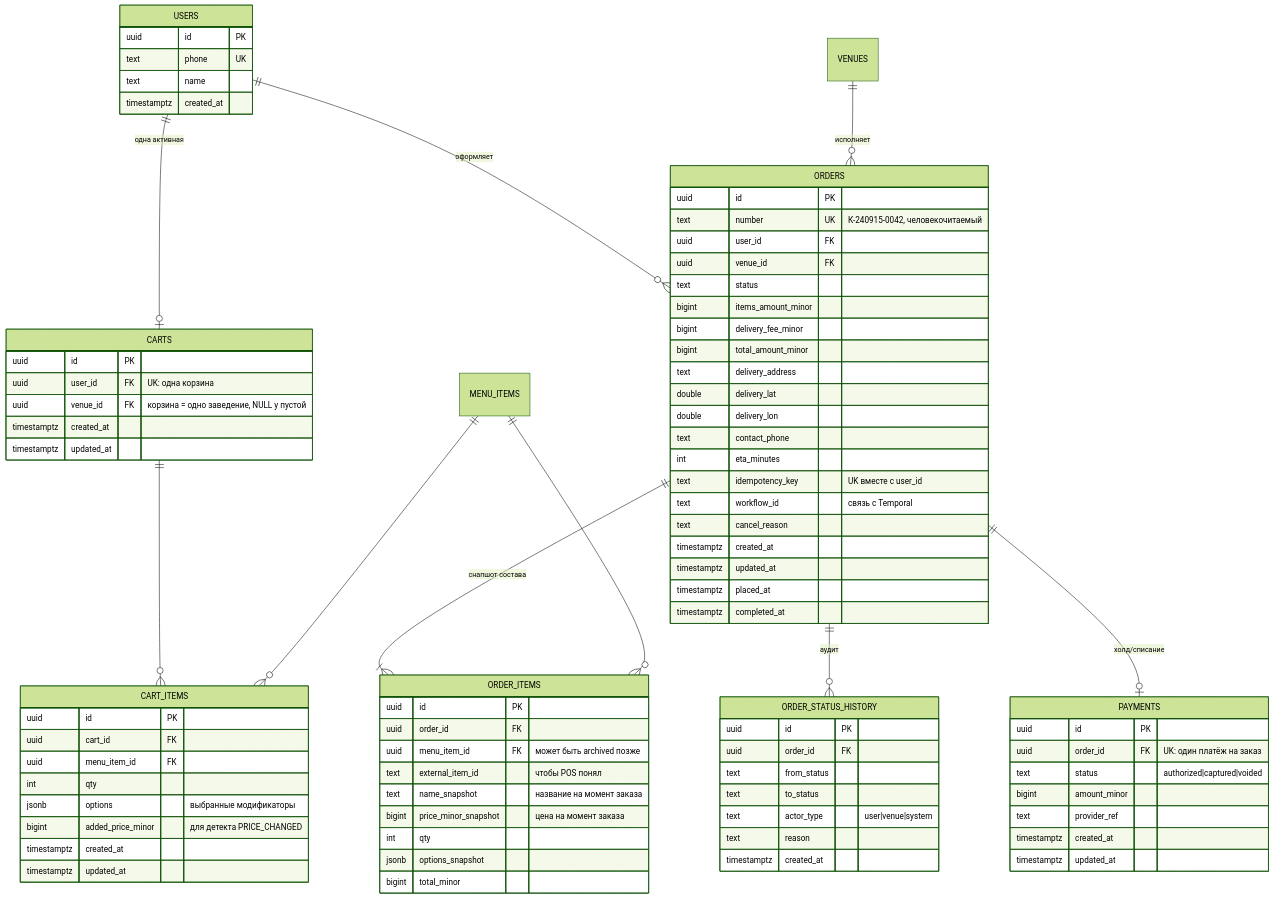
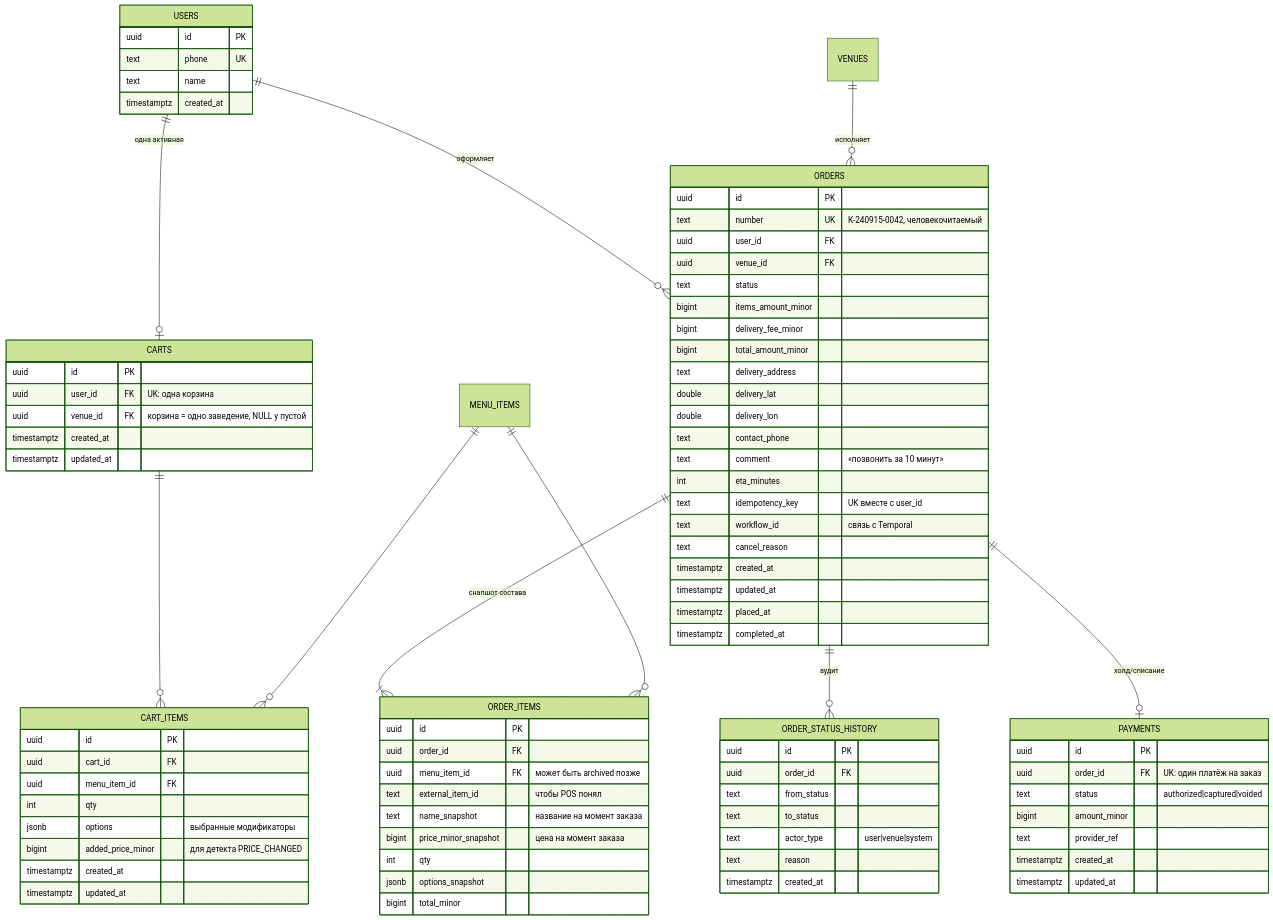
One commit to EmotionlessDev/avito2026internship changed diagram 11 of 12 in docs/DESIGN.md. Above: the diagram before and after it, drawn with Mermaid (forest theme). The commit also changed 43 other files, not shown here.

```diff
--- a/docs/DESIGN.md
+++ b/docs/DESIGN.md
@@ -667,6 +667,7 @@
         double delivery_lat
         double delivery_lon
         text contact_phone
+        text comment "«позвонить за 10 минут»"
         int eta_minutes
         text idempotency_key "UK вместе с user_id"
         text workflow_id "связь с Temporal"
```
